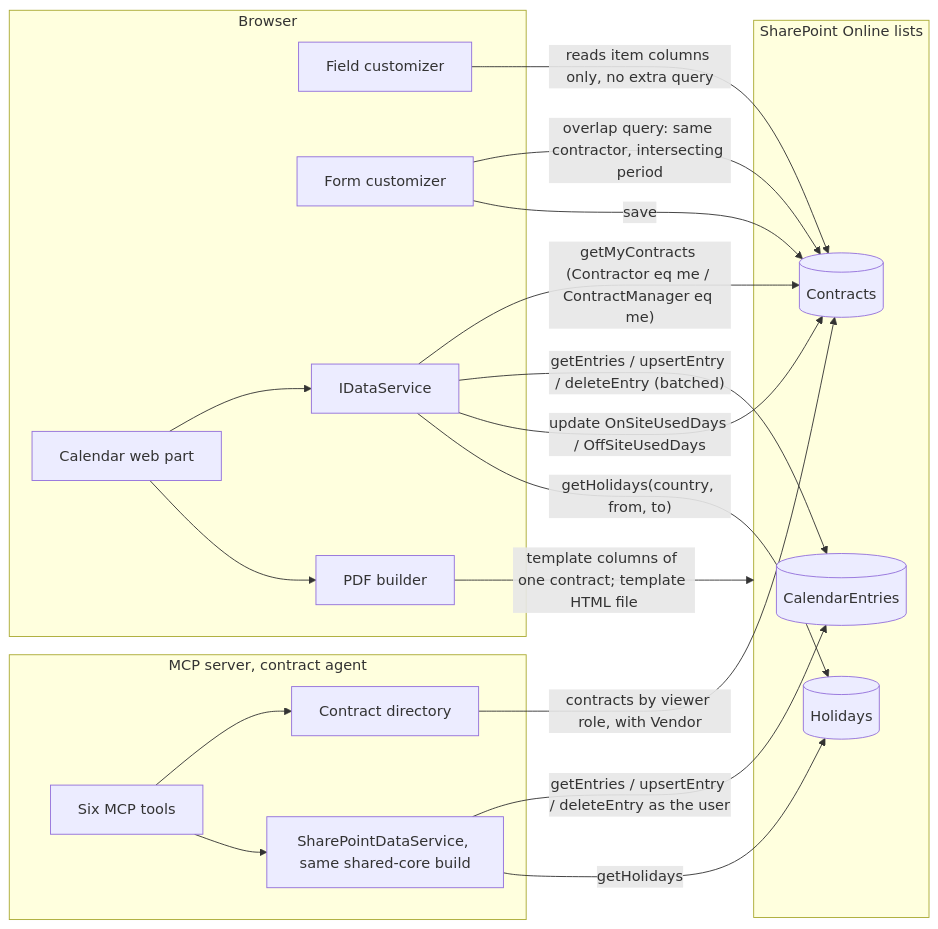
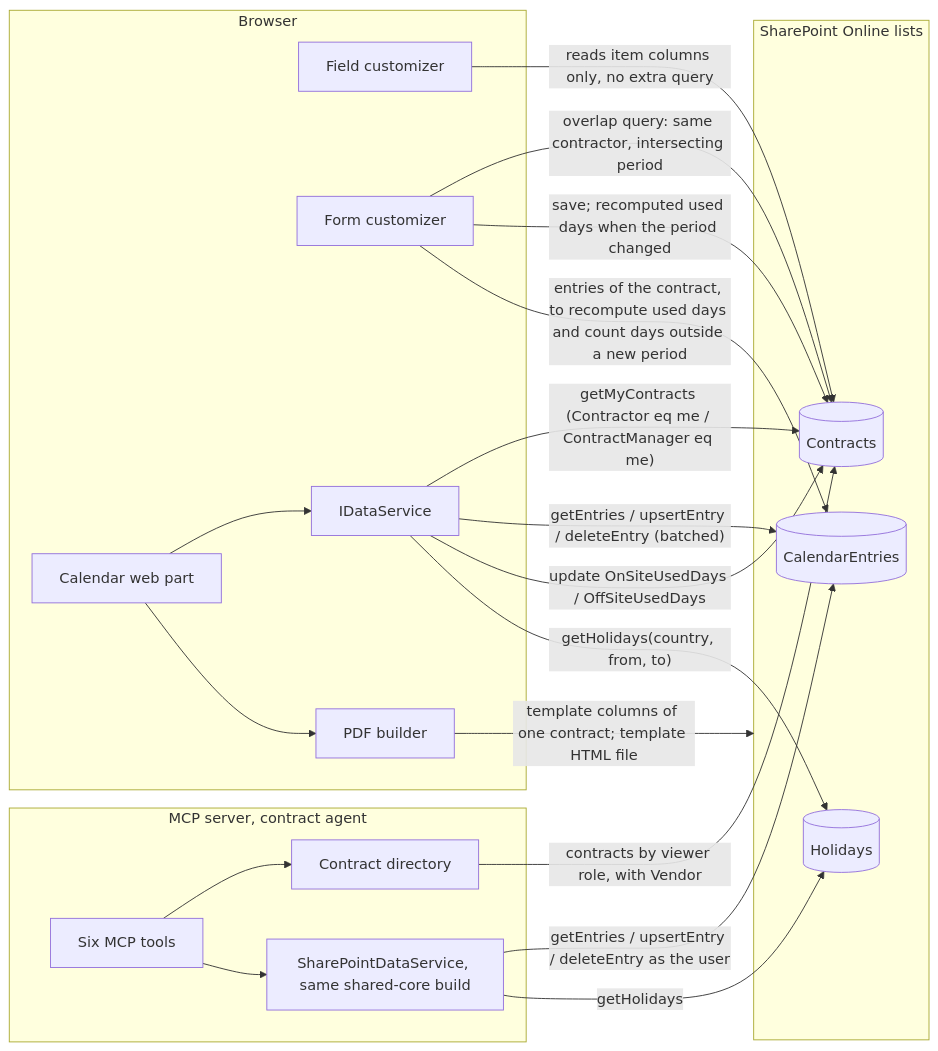
One commit to Sartor87/orpheus-systems-sharepoint changed the second of 2 diagrams in architecture/03-phase-c-data-architecture.md. Above: the diagram before and after it, drawn with Mermaid. The commit also changed 12 other files, not shown here.

First line of the commit message:
docs(architecture): diagrams and ADR amendments for provisioning, roles and CI

````diff
--- a/architecture/03-phase-c-data-architecture.md
+++ b/architecture/03-phase-c-data-architecture.md
@@ -161,35 +161,36 @@
 ```mermaid
 flowchart LR
   subgraph Browser
     WP[Calendar web part]
     FC[Field customizer]
     FM[Form customizer]
     PDF[PDF builder]
     DS[IDataService]
   end
   subgraph SPO[SharePoint Online lists]
     C[(Contracts)]
     E[(CalendarEntries)]
     H[(Holidays)]
   end
   WP --> DS
   DS -- "getMyContracts (Contractor eq me / ContractManager eq me)" --> C
   DS -- "getEntries / upsertEntry / deleteEntry (batched)" --> E
   DS -- "update OnSiteUsedDays / OffSiteUsedDays" --> C
   DS -- "getHolidays(country, from, to)" --> H
   WP --> PDF
   PDF -- "template columns of one contract; template HTML file" --> SPO
   FC -- "reads item columns only, no extra query" --> C
   FM -- "overlap query: same contractor, intersecting period" --> C
-  FM -- "save" --> C
+  FM -- "save; recomputed used days when the period changed" --> C
+  FM -- "entries of the contract, to recompute used days and count days outside a new period" --> E
   subgraph Server[MCP server, contract agent]
     TOOLS[Six MCP tools]
     DIR[Contract directory]
     SDS[SharePointDataService, same shared-core build]
   end
   TOOLS --> DIR
   TOOLS --> SDS
   DIR -- "contracts by viewer role, with Vendor" --> C
   SDS -- "getEntries / upsertEntry / deleteEntry as the user" --> E
   SDS -- "getHolidays" --> H
 ```
````
